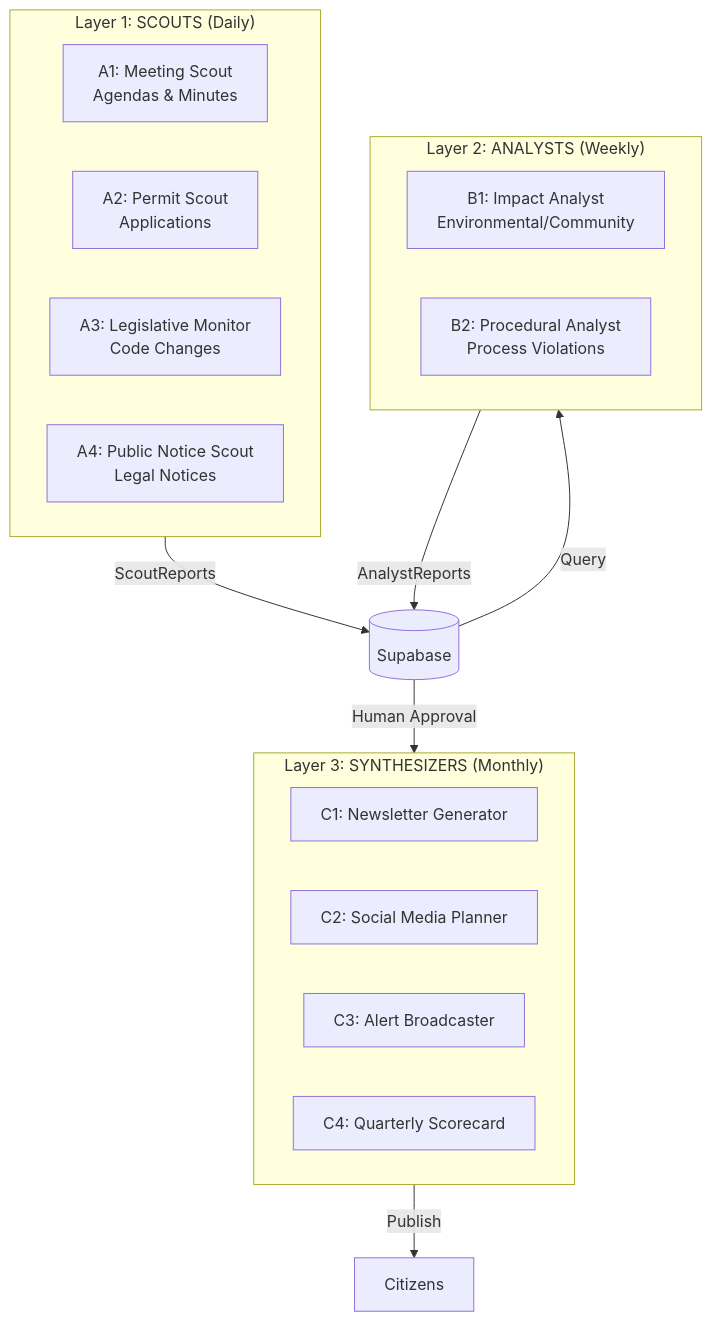
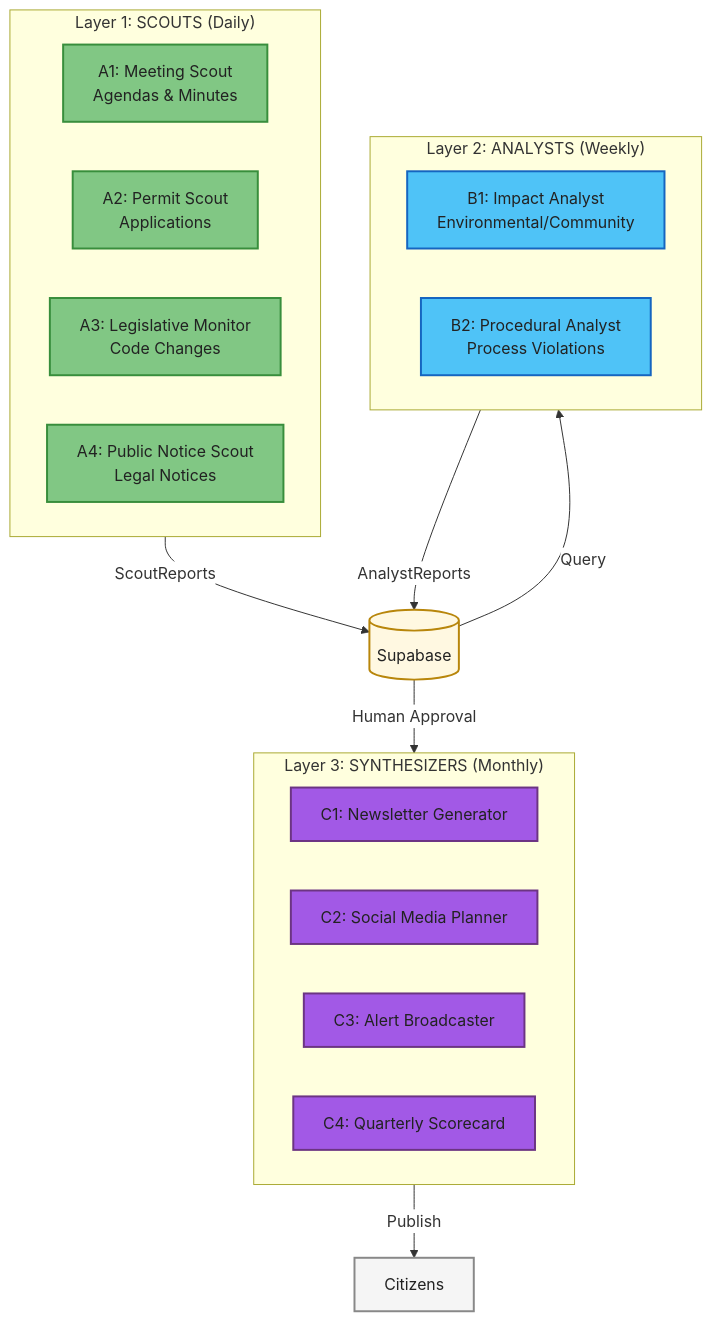
The first of 5 diagrams in docs/SYSTEM_OVERVIEW.md (Hams-Ollo/open-sousveillance-studio), drawn with Mermaid before and after one commit. The commit also changed other lines of this file and 53 other files, not shown here.

First line of the commit message:
docs: Update project to Phase 3 Intelligence Layer with event-driven architecture, CivicEvent model, and watchdog rules engine

````diff
--- a/docs/SYSTEM_OVERVIEW.md
+++ b/docs/SYSTEM_OVERVIEW.md
@@ -19,30 +19,45 @@
 ```mermaid
+%%{init: { 'themeVariables': { 'fontSize': '16px', 'fontFamily': 'Segoe UI, Arial', 'primaryColor': '#222', 'edgeLabelBackground':'#fff' } } }%%
 flowchart TB
+    %% MMO color hierarchy: gold, purple, blue, green, white
+    classDef gold fill:#FFD700,stroke:#B8860B,stroke-width:2px,color:#222;
+    classDef purple fill:#A259E6,stroke:#6C3483,stroke-width:2px,color:#222;
+    classDef blue fill:#4FC3F7,stroke:#1565C0,stroke-width:2px,color:#222;
+    classDef green fill:#81C784,stroke:#388E3C,stroke-width:2px,color:#222;
+    classDef white fill:#fff,stroke:#bbb,stroke-width:2px,color:#222;
+    classDef db fill:#fff8e1,stroke:#b8860b,stroke-width:2px,color:#222;
+    classDef output fill:#f5f5f5,stroke:#888,stroke-width:2px,color:#222;
+
     subgraph Layer1["Layer 1: SCOUTS (Daily)"]
         direction LR
         A1[A1: Meeting Scout<br/>Agendas & Minutes]
         A2[A2: Permit Scout<br/>Applications]
         A3[A3: Legislative Monitor<br/>Code Changes]
         A4[A4: Public Notice Scout<br/>Legal Notices]
     end
+    class A1,A2,A3,A4 green;
 
     subgraph Layer2["Layer 2: ANALYSTS (Weekly)"]
         direction LR
         B1[B1: Impact Analyst<br/>Environmental/Community]
         B2[B2: Procedural Analyst<br/>Process Violations]
     end
+    class B1,B2 blue;
 
     subgraph Layer3["Layer 3: SYNTHESIZERS (Monthly)"]
         direction LR
         C1[C1: Newsletter Generator]
         C2[C2: Social Media Planner]
         C3[C3: Alert Broadcaster]
         C4[C4: Quarterly Scorecard]
     end
+    class C1,C2,C3,C4 purple;
 
     Layer1 -->|ScoutReports| DB[(Supabase)]
+    class DB db;
     DB -->|Query| Layer2
     Layer2 -->|AnalystReports| DB
     DB -->|Human Approval| Layer3
     Layer3 -->|Publish| Output[Citizens]
+    class Output output;
 ```
````
